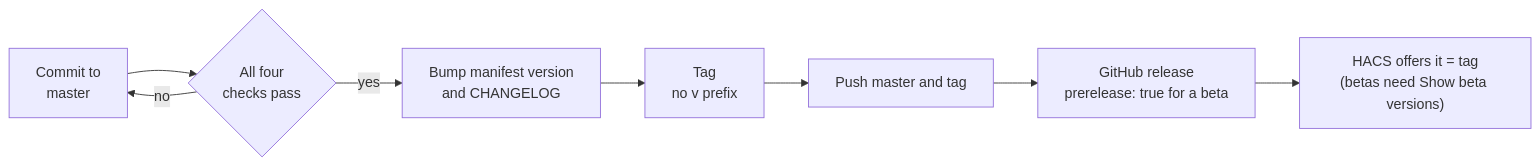
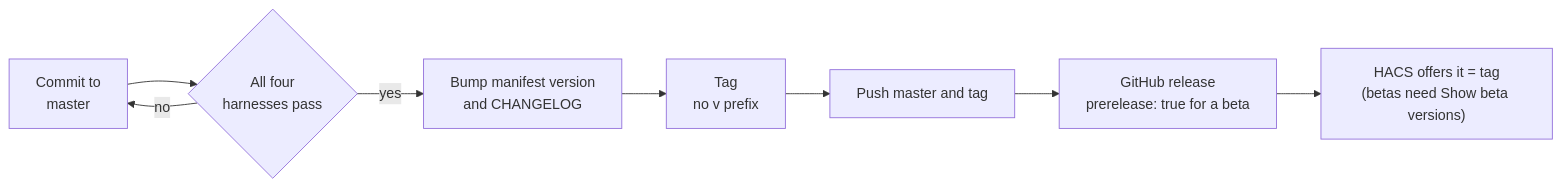
Diagram 13 of 13 in docs/WORKFLOWS.md (acdcnow/Crow-AAP-Alarm-System-for-Home-Assistant), drawn with Mermaid before and after one commit. The commit also changed other lines of this file and 23 other files, not shown here.

````diff
--- a/docs/WORKFLOWS.md
+++ b/docs/WORKFLOWS.md
@@ -350,10 +366,10 @@
 ```mermaid
 flowchart LR
-    Dev["Commit to<br/>master"] --> Ver{"All four<br/>checks pass"}
+    Dev["Commit to<br/>master"] --> Ver{"All four<br/>harnesses pass"}
     Ver -->|no| Dev
     Ver -->|yes| Bump["Bump manifest version<br/>and CHANGELOG"]
     Bump --> Tag["Tag<br/>no v prefix"]
     Tag --> Push["Push master and tag"]
     Push --> Rel["GitHub release<br/>prerelease: true for a beta"]
     Rel --> HACS["HACS offers it = tag<br/>(betas need Show beta versions)"]
 ```
````
